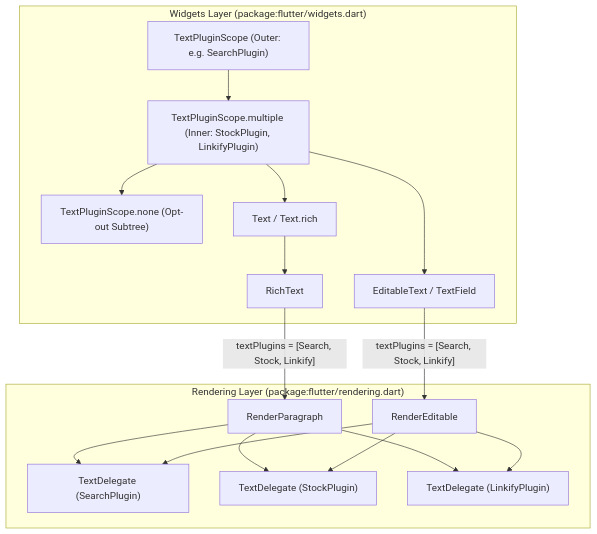
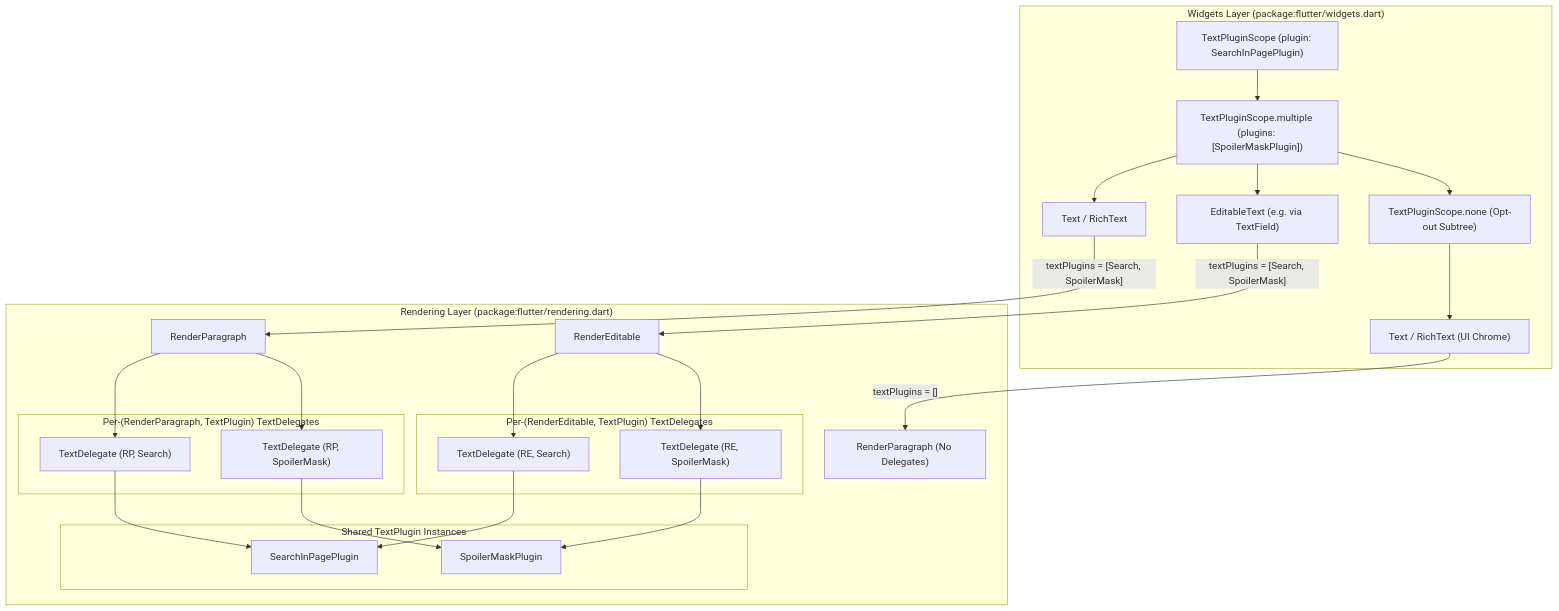
One commit to flutter/rfc changed the first of 3 diagrams in rfc/170.0000-composable-text-plugins.md. Above: the diagram before and after it, drawn with Mermaid. The commit also changed other lines of this file, not shown here.

````diff
--- a/rfc/170.0000-composable-text-plugins.md
+++ b/rfc/170.0000-composable-text-plugins.md
@@ -224,33 +224,52 @@
 ```mermaid
 graph TD
     subgraph Widgets["Widgets Layer (package:flutter/widgets.dart)"]
-        ScopeOuter["TextPluginScope (Outer: e.g. SearchPlugin)"]
-        ScopeInner["TextPluginScope.multiple (Inner: StockPlugin, LinkifyPlugin)"]
+        ScopeOuter["TextPluginScope (plugin: SearchInPagePlugin)"]
+        ScopeInner["TextPluginScope.multiple (plugins: [SpoilerMaskPlugin])"]
         ScopeNone["TextPluginScope.none (Opt-out Subtree)"]
-        TextWidget["Text / Text.rich"]
-        RichTextWidget["RichText"]
-        EditableWidget["EditableText / TextField"]
+        TextWidget["Text / RichText"]
+        EditableWidget["EditableText (e.g. via TextField)"]
+        ExcludedText["Text / RichText (UI Chrome)"]
     end
 
     subgraph Rendering["Rendering Layer (package:flutter/rendering.dart)"]
         RP["RenderParagraph"]
         RE["RenderEditable"]
-        TD1["TextDelegate (SearchPlugin)"]
-        TD2["TextDelegate (StockPlugin)"]
-        TD3["TextDelegate (LinkifyPlugin)"]
+        RPNone["RenderParagraph (No Delegates)"]
+
+        subgraph RPDelegates["Per-(RenderParagraph, TextPlugin) TextDelegates"]
+            RPTD1["TextDelegate (RP, Search)"]
+            RPTD2["TextDelegate (RP, SpoilerMask)"]
+        end
+
+        subgraph REDelegates["Per-(RenderEditable, TextPlugin) TextDelegates"]
+            RETD1["TextDelegate (RE, Search)"]
+            RETD2["TextDelegate (RE, SpoilerMask)"]
+        end
+
+        subgraph Plugins["Shared TextPlugin Instances"]
+            P1["SearchInPagePlugin"]
+            P2["SpoilerMaskPlugin"]
+        end
     end
 
     ScopeOuter --> ScopeInner
     ScopeInner --> TextWidget
     ScopeInner --> EditableWidget
     ScopeInner --> ScopeNone
-    TextWidget --> RichTextWidget
-    RichTextWidget -->|"textPlugins = [Search, Stock, Linkify]"| RP
-    EditableWidget -->|"textPlugins = [Search, Stock, Linkify]"| RE
-    RP --> TD1
-    RE --> TD1
-    RP --> TD2
-    RE --> TD2
-    RP --> TD3
-    RE --> TD3
+    ScopeNone --> ExcludedText
+
+    TextWidget -->|"textPlugins = [Search, SpoilerMask]"| RP
+    EditableWidget -->|"textPlugins = [Search, SpoilerMask]"| RE
+    ExcludedText -->|"textPlugins = []"| RPNone
+
+    RP --> RPTD1
+    RP --> RPTD2
+    RE --> RETD1
+    RE --> RETD2
+
+    RPTD1 --> P1
+    RETD1 --> P1
+    RPTD2 --> P2
+    RETD2 --> P2
 ```
````
